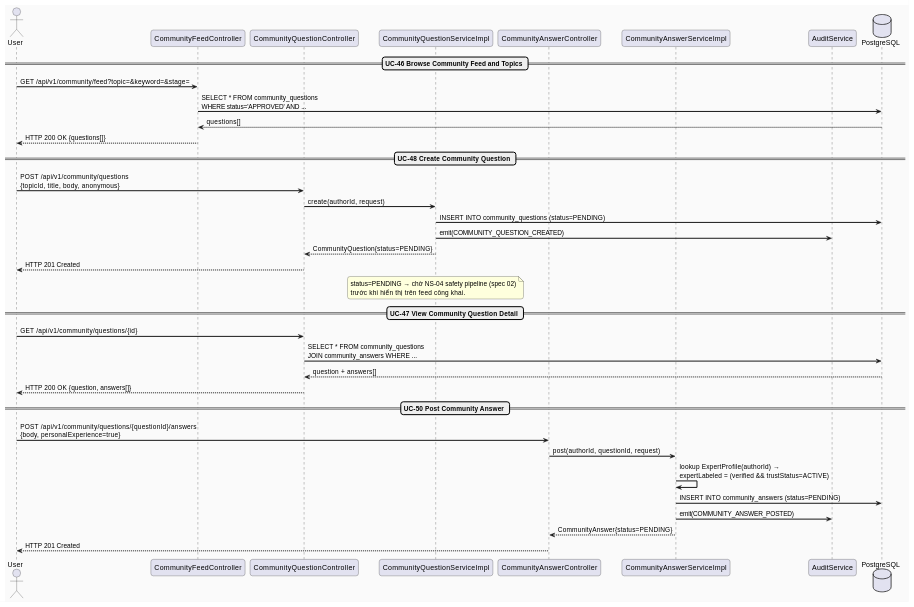
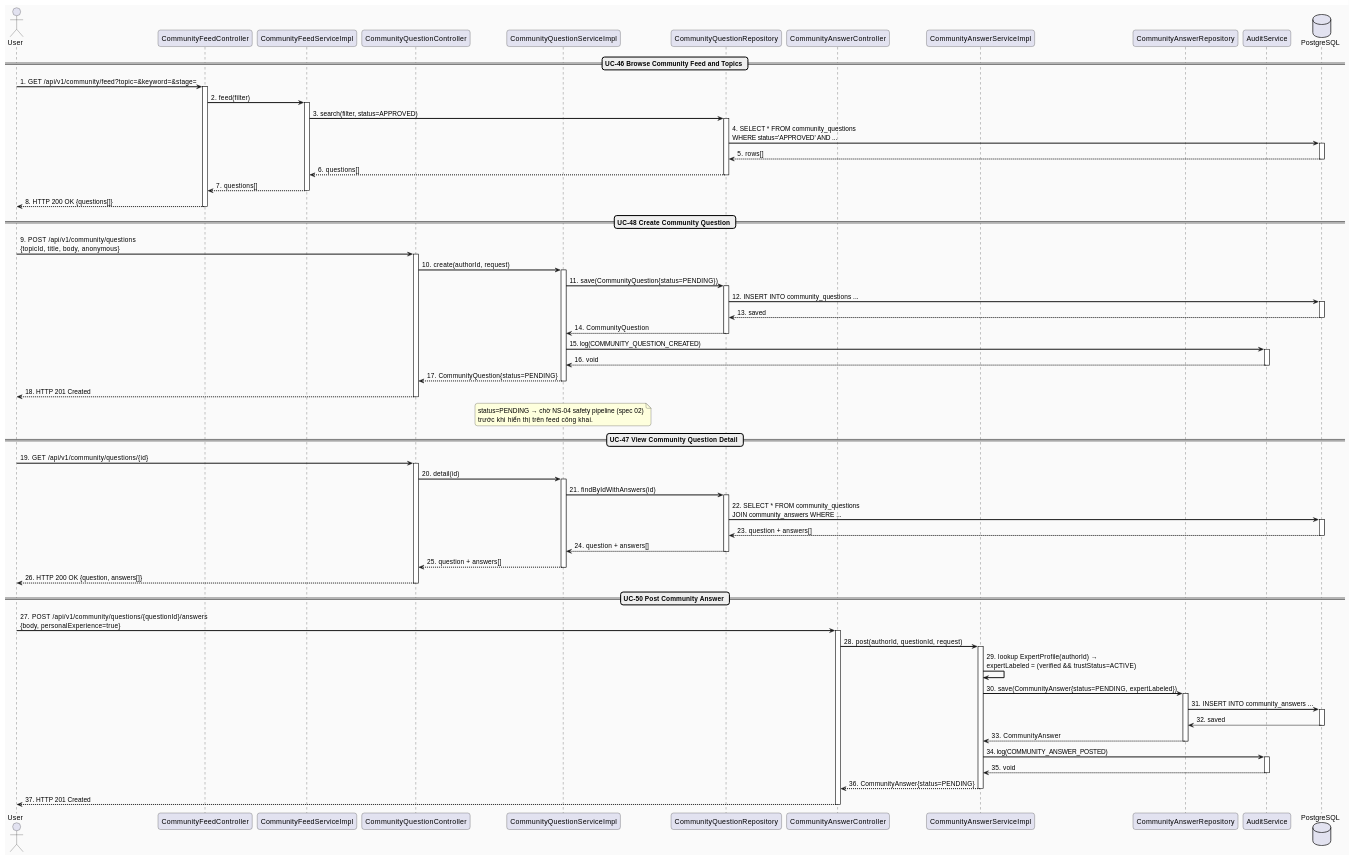
One commit to ChuongBDHE172784/CareBridge_SEP490_G79 changed the second of 3 diagrams in docs/Detailed_Design/MF04_Community_QA_Moderation/01_Community_Question_Answer_Flow.md. Above: the diagram before and after it, drawn with PlantUML. The commit also changed 29 other files, not shown here.

Commit message:
feat: add detailed sequence diagrams to documentation and standardize service-layer interaction flows across modules

````diff
--- a/docs/Detailed_Design/MF04_Community_QA_Moderation/01_Community_Question_Answer_Flow.md
+++ b/docs/Detailed_Design/MF04_Community_QA_Moderation/01_Community_Question_Answer_Flow.md
@@ -154,26 +154,55 @@
 
 actor "User" as U
 participant "CommunityFeedController" as FeedController
+participant "CommunityFeedServiceImpl" as FeedService
 participant "CommunityQuestionController" as QController
 participant "CommunityQuestionServiceImpl" as QService
+participant "CommunityQuestionRepository" as QRepo
 participant "CommunityAnswerController" as AController
 participant "CommunityAnswerServiceImpl" as AService
+participant "CommunityAnswerRepository" as ARepo
 participant "AuditService" as Audit
 database "PostgreSQL" as DB
 
 == UC-46 Browse Community Feed and Topics ==
-U -> FeedController : GET /api/v1/community/feed?topic=&keyword=&stage=
-FeedController -> DB : SELECT * FROM community_questions\nWHERE status='APPROVED' AND ...
-DB --> FeedController : questions[]
-FeedController --> U : HTTP 200 OK {questions[]}
+U -> FeedController : 1. GET /api/v1/community/feed?topic=&keyword=&stage=
+activate FeedController
+FeedController -> FeedService : 2. feed(filter)
+activate FeedService
+FeedService -> QRepo : 3. search(filter, status=APPROVED)
+activate QRepo
+QRepo -> DB : 4. SELECT * FROM community_questions\nWHERE status='APPROVED' AND ...
+activate DB
+DB --> QRepo : 5. rows[]
+deactivate DB
+QRepo --> FeedService : 6. questions[]
+deactivate QRepo
+FeedService --> FeedController : 7. questions[]
+deactivate FeedService
+FeedController --> U : 8. HTTP 200 OK {questions[]}
+deactivate FeedController
 
 == UC-48 Create Community Question ==
-U -> QController : POST /api/v1/community/questions\n{topicId, title, body, anonymous}
-QController -> QService : create(authorId, request)
-QService -> DB : INSERT INTO community_questions (status=PENDING)
-QService -> Audit : emit(COMMUNITY_QUESTION_CREATED)
-QService --> QController : CommunityQuestion{status=PENDING}
-QController --> U : HTTP 201 Created
+U -> QController : 9. POST /api/v1/community/questions\n{topicId, title, body, anonymous}
+activate QController
+QController -> QService : 10. create(authorId, request)
+activate QService
+QService -> QRepo : 11. save(CommunityQuestion{status=PENDING})
+activate QRepo
+QRepo -> DB : 12. INSERT INTO community_questions ...
+activate DB
+DB --> QRepo : 13. saved
+deactivate DB
+QRepo --> QService : 14. CommunityQuestion
+deactivate QRepo
+QService -> Audit : 15. log(COMMUNITY_QUESTION_CREATED)
+activate Audit
+Audit --> QService : 16. void
+deactivate Audit
+QService --> QController : 17. CommunityQuestion{status=PENDING}
+deactivate QService
+QController --> U : 18. HTTP 201 Created
+deactivate QController
 
 note over QService
   status=PENDING → chờ NS-04 safety pipeline (spec 02)
@@ -181,19 +210,45 @@
 end note
 
 == UC-47 View Community Question Detail ==
-U -> QController : GET /api/v1/community/questions/{id}
-QController -> DB : SELECT * FROM community_questions\nJOIN community_answers WHERE ...
-DB --> QController : question + answers[]
-QController --> U : HTTP 200 OK {question, answers[]}
+U -> QController : 19. GET /api/v1/community/questions/{id}
+activate QController
+QController -> QService : 20. detail(id)
+activate QService
+QService -> QRepo : 21. findByIdWithAnswers(id)
+activate QRepo
+QRepo -> DB : 22. SELECT * FROM community_questions\nJOIN community_answers WHERE ...
+activate DB
+DB --> QRepo : 23. question + answers[]
+deactivate DB
+QRepo --> QService : 24. question + answers[]
+deactivate QRepo
+QService --> QController : 25. question + answers[]
+deactivate QService
+QController --> U : 26. HTTP 200 OK {question, answers[]}
+deactivate QController
 
 == UC-50 Post Community Answer ==
-U -> AController : POST /api/v1/community/questions/{questionId}/answers\n{body, personalExperience=true}
-AController -> AService : post(authorId, questionId, request)
-AService -> AService : lookup ExpertProfile(authorId) →\nexpertLabeled = (verified && trustStatus=ACTIVE)
-AService -> DB : INSERT INTO community_answers (status=PENDING)
-AService -> Audit : emit(COMMUNITY_ANSWER_POSTED)
-AService --> AController : CommunityAnswer{status=PENDING}
-AController --> U : HTTP 201 Created
+U -> AController : 27. POST /api/v1/community/questions/{questionId}/answers\n{body, personalExperience=true}
+activate AController
+AController -> AService : 28. post(authorId, questionId, request)
+activate AService
+AService -> AService : 29. lookup ExpertProfile(authorId) →\nexpertLabeled = (verified && trustStatus=ACTIVE)
+AService -> ARepo : 30. save(CommunityAnswer{status=PENDING, expertLabeled})
+activate ARepo
+ARepo -> DB : 31. INSERT INTO community_answers ...
+activate DB
+DB --> ARepo : 32. saved
+deactivate DB
+ARepo --> AService : 33. CommunityAnswer
+deactivate ARepo
+AService -> Audit : 34. log(COMMUNITY_ANSWER_POSTED)
+activate Audit
+Audit --> AService : 35. void
+deactivate Audit
+AService --> AController : 36. CommunityAnswer{status=PENDING}
+deactivate AService
+AController --> U : 37. HTTP 201 Created
+deactivate AController
 
 @enduml
 ```
````
